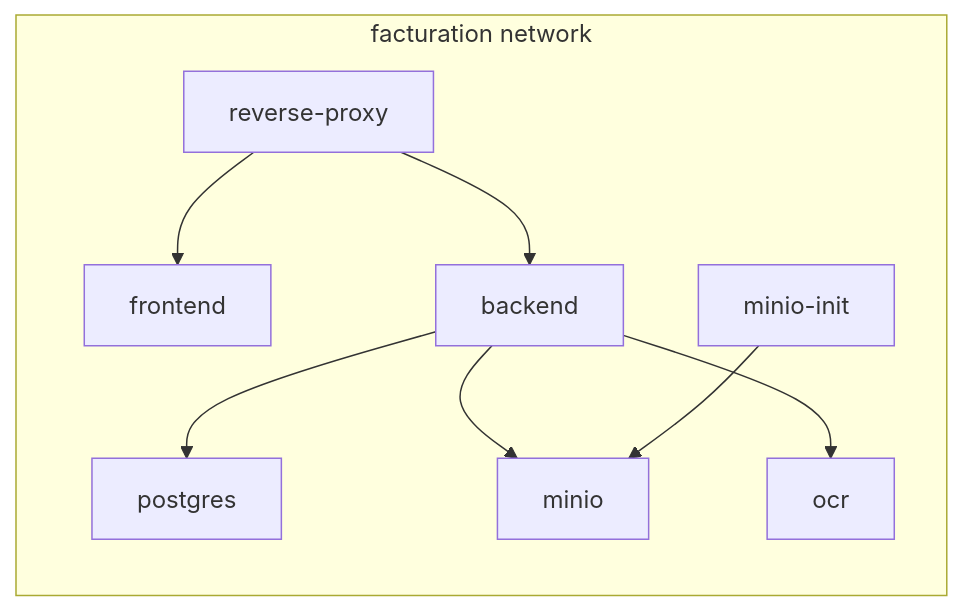
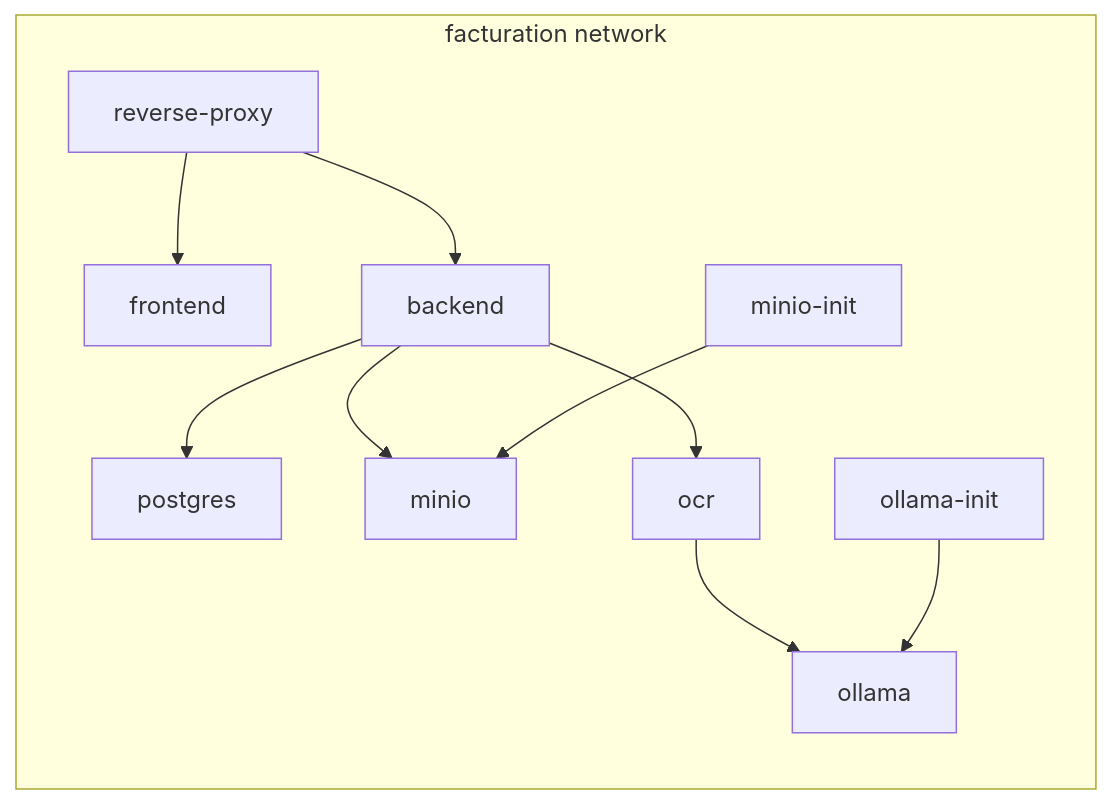
Before and after one commit to fil-rouge-docomptia/docomptia: the second of 4 diagrams in docs/architecture.md, drawn with Mermaid. The commit also changed other lines of this file and 16 other files, not shown here.

````diff
--- a/docs/architecture.md
+++ b/docs/architecture.md
@@ -58,19 +62,23 @@
 ```mermaid
 flowchart LR
     subgraph network[facturation network]
         frontend
         backend
         postgres
         minio
         minioInit[minio-init]
         ocr
+        ollama
+        ollamaInit[ollama-init]
         reverseProxy[reverse-proxy]
     end
 
     reverseProxy --> frontend
     reverseProxy --> backend
     backend --> postgres
     backend --> minio
     backend --> ocr
     minioInit --> minio
+    ocr --> ollama
+    ollamaInit --> ollama
 ```
````
